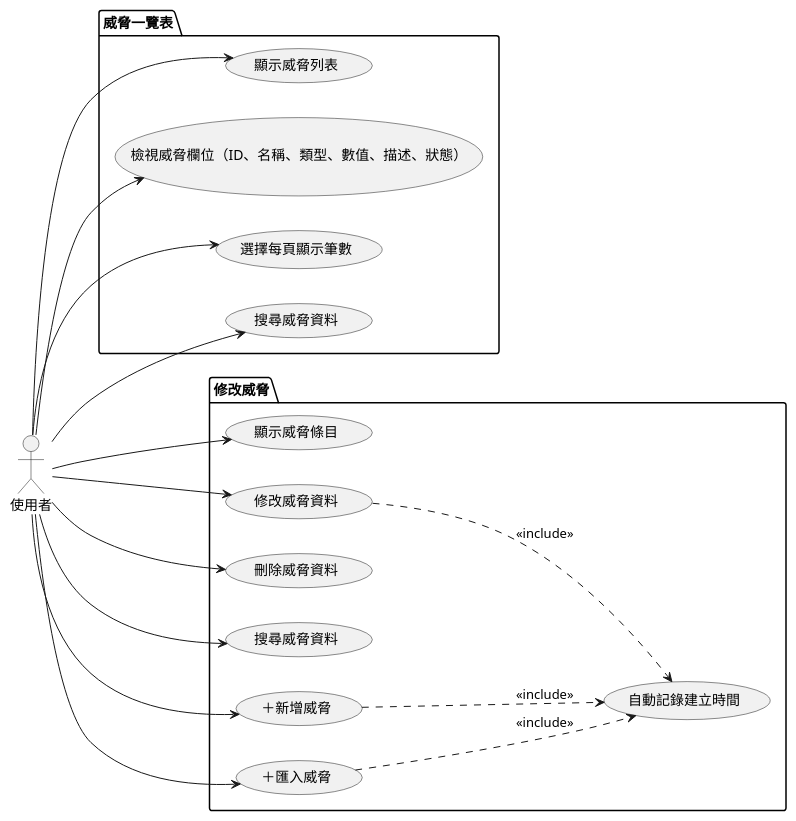
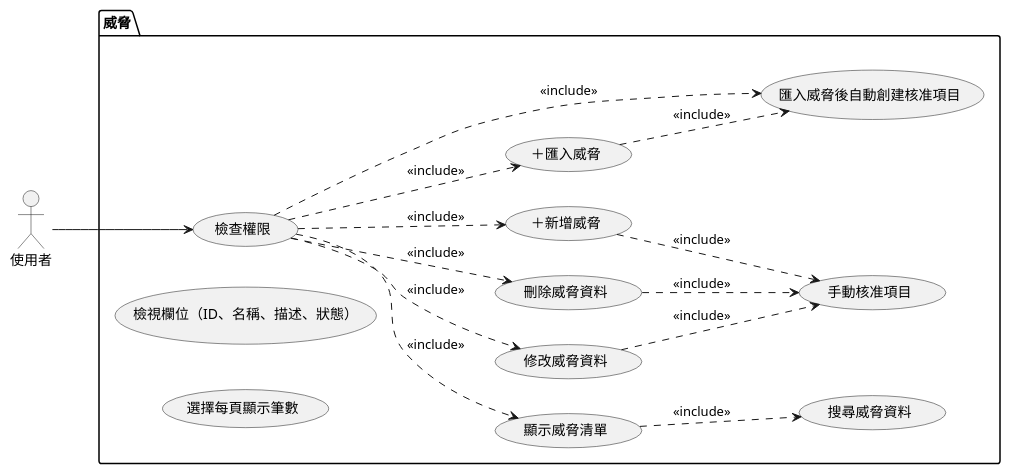
The diagram in mermaid/use_case/threat_overview&edit.puml (walle45611/NTUB_SecuManag_Diagram), drawn with PlantUML before and after one commit. The commit also changed 7 other files, not shown here.

```diff
--- a/mermaid/use_case/threat_overview&edit.puml
+++ b/mermaid/use_case/threat_overview&edit.puml
@@ -1,39 +1,35 @@
-@startuml
+@startuml threat_overview
 
 left to right direction
 
 actor 使用者
 
-package "威脅一覽表" {
-    usecase "顯示威脅列表" as UC1
-    usecase "檢視威脅欄位（ID、名稱、類型、數值、描述、狀態）" as UC2
+package "威脅" {
+    usecase "檢查權限" as UC12
+    usecase "顯示威脅清單" as UC1
+    usecase "檢視欄位（ID、名稱、描述、狀態）" as UC2
     usecase "選擇每頁顯示筆數" as UC3
     usecase "搜尋威脅資料" as UC4
+    usecase "修改威脅資料" as UC5
+    usecase "刪除威脅資料" as UC6
+    usecase "＋新增威脅" as UC7
+    usecase "＋匯入威脅" as UC8
+    usecase "匯入威脅後自動創建核准項目" as UC10
+    usecase "手動核准項目" as UC11
 }
 
-package "修改威脅" {
-    usecase "顯示威脅條目" as UC5
-    usecase "修改威脅資料" as UC6
-    usecase "刪除威脅資料" as UC7
-    usecase "搜尋威脅資料" as UC8
-    usecase "＋新增威脅" as UC9
-    usecase "＋匯入威脅" as UC10
-    usecase "自動記錄建立時間" as UC11
-}
+使用者 --> UC12
+UC12 .down.> UC1 : <<include>>
+UC12 .down.> UC5 : <<include>>
+UC12 .down.> UC6 : <<include>>
+UC12 .down.> UC7 : <<include>>
+UC12 .down.> UC8 : <<include>>
+UC12 .down.> UC10 : <<include>>
 
+UC1 .down.> UC4 : <<include>>
+UC5 .down.> UC11 : <<include>>
 UC6 .down.> UC11 : <<include>>
-UC9 .down.> UC11 : <<include>>
-UC10 .down.> UC11 : <<include>>
-
-使用者 --> UC1
-使用者 --> UC2
-使用者 --> UC3
-使用者 --> UC4
-使用者 --> UC5
-使用者 --> UC6
-使用者 --> UC7
-使用者 --> UC8
-使用者 --> UC9
-使用者 --> UC10
+UC7 .down.> UC11 : <<include>>
+UC8 .down.> UC10 : <<include>>
 
 @enduml
```
